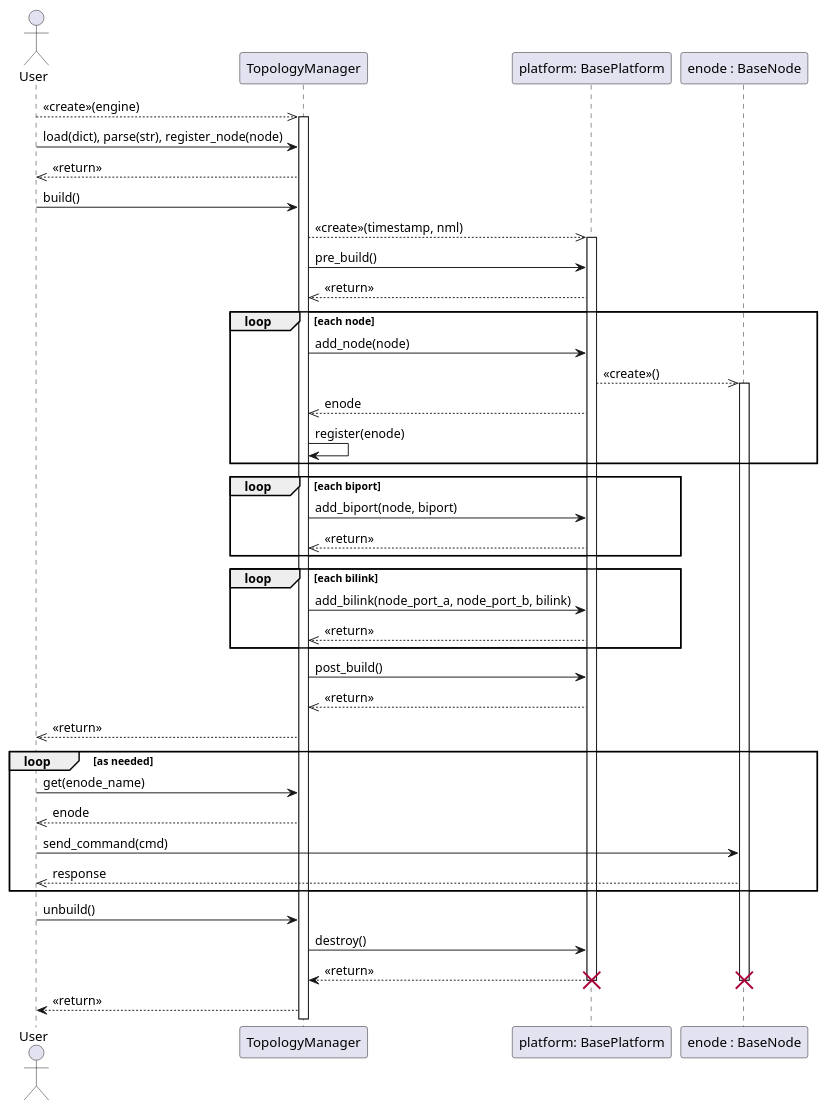
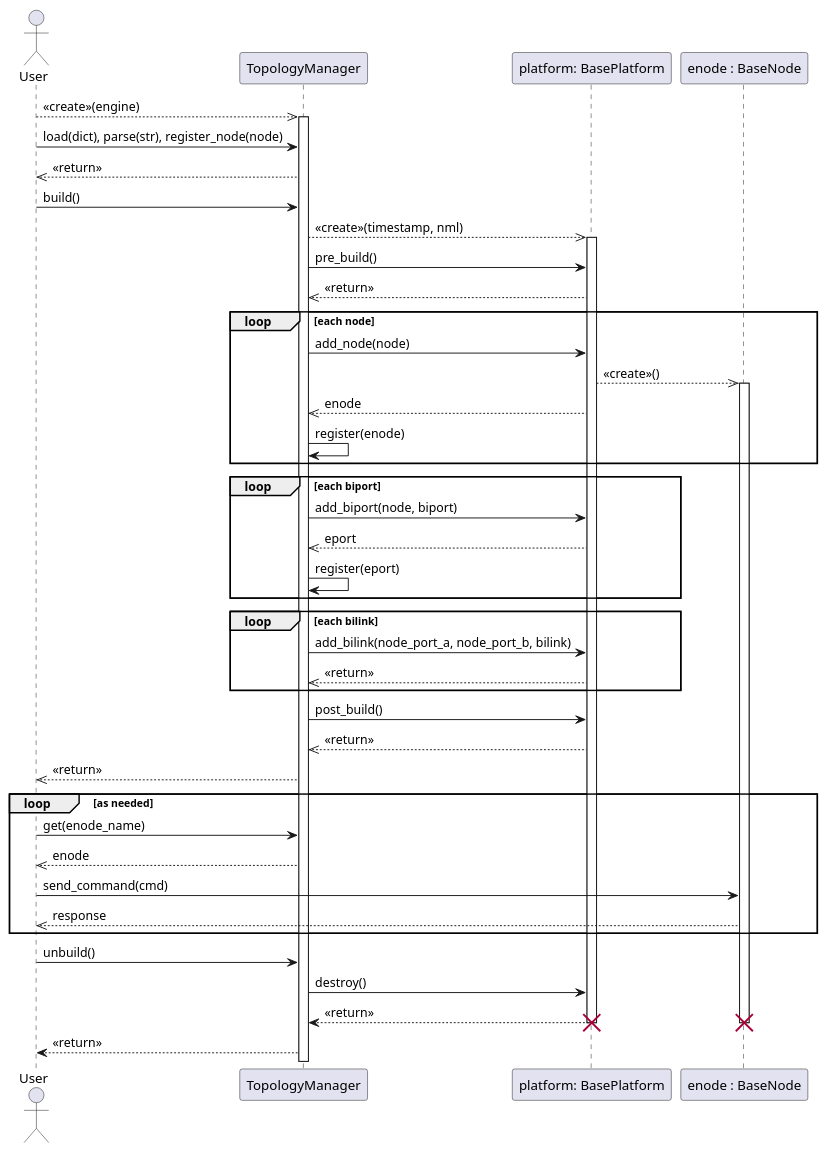
One commit to HPENetworking/topology changed the diagram in doc/plugins.rst. Above: the diagram before and after it, drawn with PlantUML. The commit also changed other lines of this file, not shown here.

```diff
--- a/doc/plugins.rst
+++ b/doc/plugins.rst
@@ -83,54 +90,55 @@
 .. uml::
     :width: 100%
 
     actor User as U
     participant TopologyManager as M
     participant "platform: BasePlatform" as P
     participant "enode : BaseNode" as N
 
     U -->> M: <<create>>(engine)
     activate M
     U -> M: load(dict), parse(str), register_node(node)
     U <<-- M: <<return>>
     U -> M: build()
     M -->> P: <<create>>(timestamp, nml)
     activate P
     M -> P: pre_build()
     M <<-- P: <<return>>
 
     loop each node
         M -> P: add_node(node)
         P -->> N: <<create>>()
         activate N
         M <<-- P: enode
         M -> M: register(enode)
     end
 
     loop each biport
         M -> P: add_biport(node, biport)
-        M <<-- P: <<return>>
+        M <<-- P: eport
+        M -> M: register(eport)
     end
 
     loop each bilink
         M -> P: add_bilink(node_port_a, node_port_b, bilink)
         M <<-- P: <<return>>
     end
 
     M -> P: post_build()
     M <<-- P: <<return>>
 
     U <<-- M: <<return>>
 
     loop as needed
         U -> M: get(enode_name)
         M -->> U: enode
         U -> N: send_command(cmd)
         U <<-- N: response
     end
 
     U -> M: unbuild()
     M -> P: destroy()
     M <-- P: <<return>>
     destroy P
     destroy N
     U <-- M: <<return>>
```
